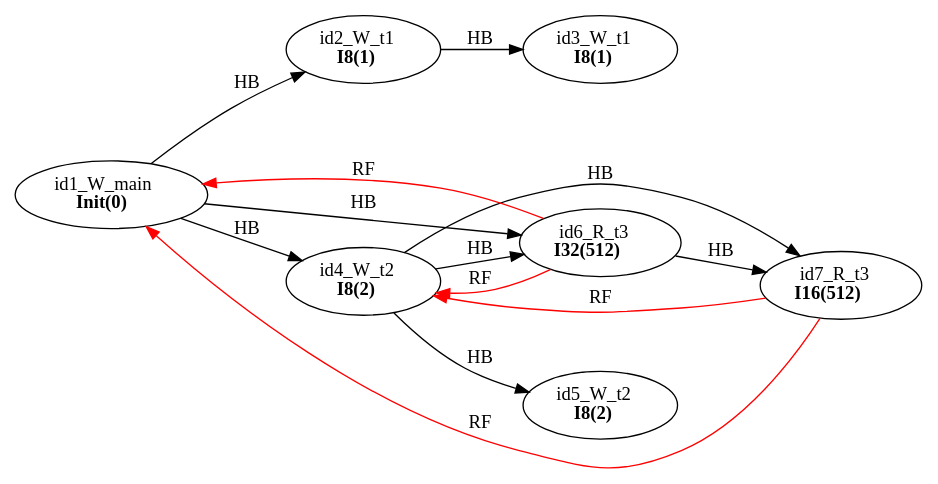
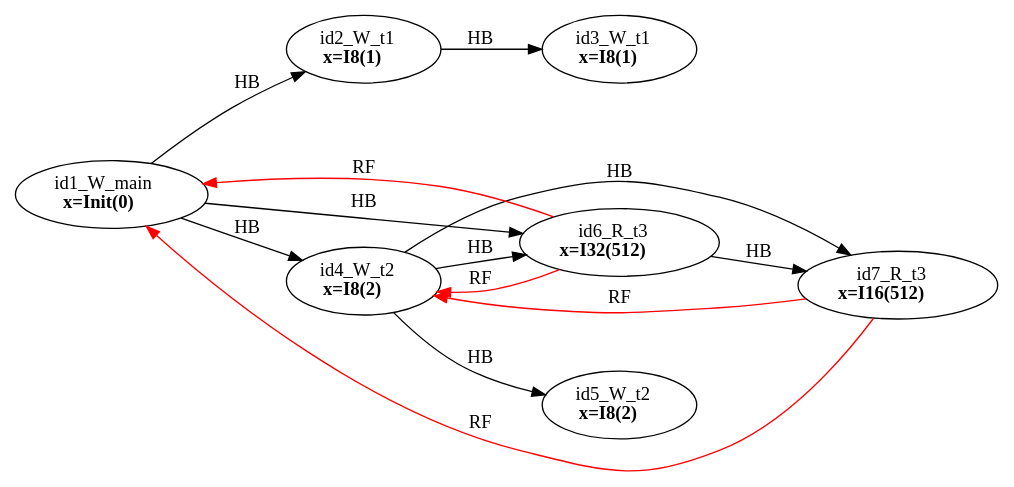
One commit to FMJS/EMME changed the diagram in examples/single_var/sv_simple14/mm13.dot. Above: the diagram before and after it, drawn with Graphviz. The commit also changed 257 other files, not shown here.

```diff
--- a/examples/single_var/sv_simple14/mm13.dot
+++ b/examples/single_var/sv_simple14/mm13.dot
@@ -1,23 +1,23 @@
 digraph memory_model {
 rankdir=LR;
 splines=true; esep=0.5;
 id2_W_t1 -> id3_W_t1 [label = "HB", color="black"];
 id4_W_t2 -> id5_W_t2 [label = "HB", color="black"];
 id6_R_t3 -> id7_R_t3 [label = "HB", color="black"];
 id1_W_main -> id2_W_t1 [label = "HB", color="black"];
 id1_W_main -> id4_W_t2 [label = "HB", color="black"];
 id1_W_main -> id6_R_t3 [label = "HB", color="black"];
 id4_W_t2 -> id6_R_t3 [label = "HB", color="black"];
 id4_W_t2 -> id7_R_t3 [label = "HB", color="black"];
 id6_R_t3 -> id1_W_main [label = "RF", color="red"];
 id6_R_t3 -> id4_W_t2 [label = "RF", color="red"];
 id7_R_t3 -> id1_W_main [label = "RF", color="red"];
 id7_R_t3 -> id4_W_t2 [label = "RF", color="red"];
-id1_W_main [label=<id1_W_main<br/><B>Init(0)</B>>, pos="5.0,4!"]
-id2_W_t1 [label=<id2_W_t1<br/><B>I8(1)</B>>, pos="0,2!"]
-id3_W_t1 [label=<id3_W_t1<br/><B>I8(1)</B>>, pos="0,0!"]
-id4_W_t2 [label=<id4_W_t2<br/><B>I8(2)</B>>, pos="5,2!"]
-id5_W_t2 [label=<id5_W_t2<br/><B>I8(2)</B>>, pos="5,0!"]
-id6_R_t3 [label=<id6_R_t3<br/><B>I32(512)</B>>, pos="10,2!"]
-id7_R_t3 [label=<id7_R_t3<br/><B>I16(512)</B>>, pos="10,0!"]
+id1_W_main [label=<id1_W_main<br/><B>x=Init(0)</B>>, pos="5.0,4!"]
+id2_W_t1 [label=<id2_W_t1<br/><B>x=I8(1)</B>>, pos="0,2!"]
+id3_W_t1 [label=<id3_W_t1<br/><B>x=I8(1)</B>>, pos="0,0!"]
+id4_W_t2 [label=<id4_W_t2<br/><B>x=I8(2)</B>>, pos="5,2!"]
+id5_W_t2 [label=<id5_W_t2<br/><B>x=I8(2)</B>>, pos="5,0!"]
+id6_R_t3 [label=<id6_R_t3<br/><B>x=I32(512)</B>>, pos="10,2!"]
+id7_R_t3 [label=<id7_R_t3<br/><B>x=I16(512)</B>>, pos="10,0!"]
 }
```
